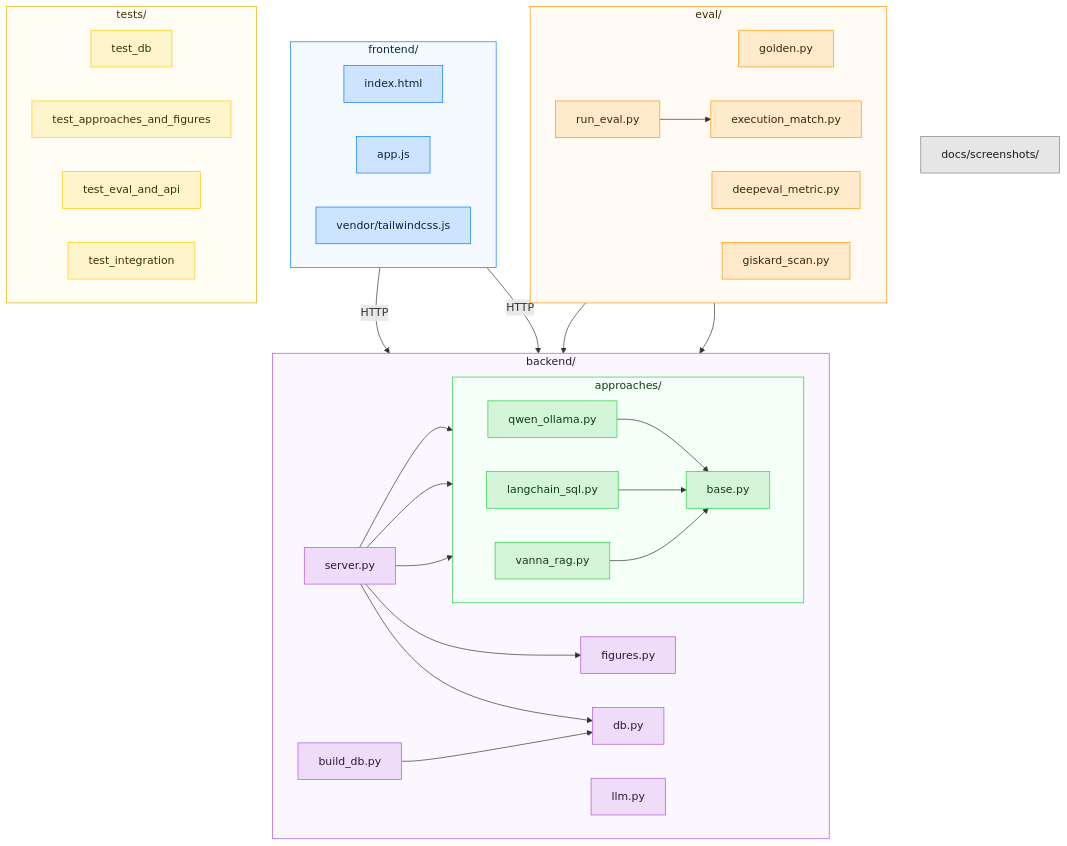
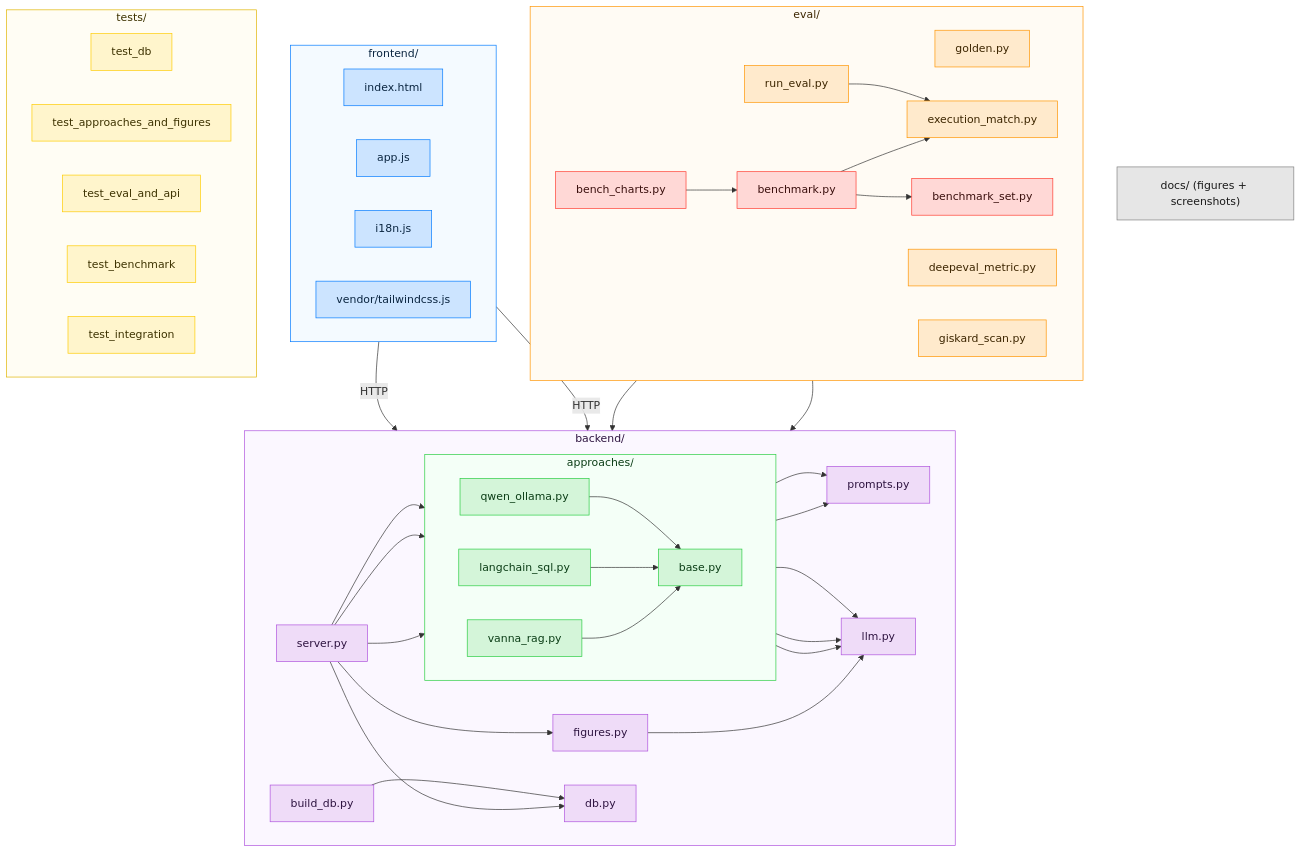
The third of 3 diagrams in README.md (warith-harchaoui/sql), drawn with Mermaid before and after one commit. The commit also changed other lines of this file and 36 other files, not shown here.

````diff
--- a/README.md
+++ b/README.md
@@ -217,62 +442,74 @@
 ```mermaid
 flowchart TB
     subgraph backend["backend/"]
         direction LR
-        db["db.py"]; llm["llm.py"]; fig["figures.py"]; srv["server.py"]; bld["build_db.py"]
+        db["db.py"]; llm["llm.py"]; fig["figures.py"]; srv["server.py"]; bld["build_db.py"]; pr["prompts.py"]
         subgraph approaches["approaches/"]
             direction LR
             base["base.py"]; qw["qwen_ollama.py"]; lc["langchain_sql.py"]; vn["vanna_rag.py"]
         end
     end
     subgraph eval["eval/"]
         direction LR
         gold["golden.py"]; exm["execution_match.py"]; de["deepeval_metric.py"]; gk["giskard_scan.py"]; rev["run_eval.py"]
+        bm["benchmark.py"]; bs["benchmark_set.py"]; bc["bench_charts.py"]
     end
     subgraph frontend["frontend/"]
         direction LR
-        idx["index.html"]; app["app.js"]; tw["vendor/tailwindcss.js"]
+        idx["index.html"]; app["app.js"]; i18["i18n.js"]; tw["vendor/tailwindcss.js"]
     end
     subgraph tests["tests/"]
         direction LR
-        t1["test_db"]; t2["test_approaches_and_figures"]; t3["test_eval_and_api"]; t4["test_integration"]
+        t1["test_db"]; t2["test_approaches_and_figures"]; t3["test_eval_and_api"]; t4["test_benchmark"]; t5["test_integration"]
     end
-    docs["docs/screenshots/"]
+    docs["docs/ (figures + screenshots)"]
 
     %% Arcs : qui dépend de qui (le flux réel du dépôt)
     idx -->|HTTP| srv
     app -->|HTTP| srv
     srv --> qw
     srv --> lc
     srv --> vn
     srv --> fig
     srv --> db
     qw --> base
     lc --> base
     vn --> base
+    qw --> pr
+    vn --> pr
+    qw --> llm
+    lc --> llm
+    vn --> llm
+    fig --> llm
     rev --> qw
     rev --> exm
     exm --> db
     bld --> db
+    bm --> bs
+    bm --> exm
+    bc --> bm
 
     %% Palette : https://harchaoui.org/warith/colors/
     classDef beC   fill:#EFDCF8,stroke:#AF52DE,color:#2e1440;
     classDef apC   fill:#D4F5D9,stroke:#28CD41,color:#0b3d16;
     classDef evC   fill:#FFEACC,stroke:#FF9500,color:#3d2600;
+    classDef bcC   fill:#FFD8D6,stroke:#FF3B30,color:#3a0f0d;
     classDef frC   fill:#CCE4FF,stroke:#007AFF,color:#0a2540;
     classDef teC   fill:#FFF5CC,stroke:#FFCC00,color:#3d3200;
     classDef doC   fill:#E6E6E6,stroke:#808080,color:#1a1a1a;
-    class db,llm,fig,srv,bld beC;
+    class db,llm,fig,srv,bld,pr beC;
     class base,qw,lc,vn apC;
     class gold,exm,de,gk,rev evC;
-    class idx,app,tw frC;
-    class t1,t2,t3,t4 teC;
+    class bm,bs,bc bcC;
+    class idx,app,i18,tw frC;
+    class t1,t2,t3,t4,t5 teC;
     class docs doC;
 
     %% Conteneurs de sous-graphes : fonds quasi-blancs teintés (bordure = couleur
     %% du groupe) pour que les nœuds pastel ressortent au lieu d'être noyés.
     style backend fill:#FBF7FF,stroke:#AF52DE,color:#2e1440;
     style approaches fill:#F4FFF7,stroke:#28CD41,color:#0b3d16;
     style eval fill:#FFFBF4,stroke:#FF9500,color:#3d2600;
     style frontend fill:#F4FAFF,stroke:#007AFF,color:#0a2540;
     style tests fill:#FFFDF4,stroke:#E0B400,color:#3d3200;
 ```
````
